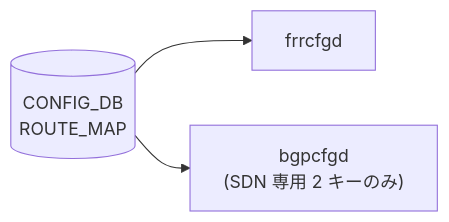
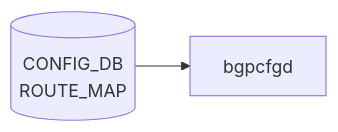
The diagram in docs/reference/config-db/route-map.md (aoki-taquan/sonic-unofficial-docs), drawn with Mermaid before and after one commit. The commit also changed 10 other files, not shown here.

````diff
--- a/docs/reference/config-db/route-map.md
+++ b/docs/reference/config-db/route-map.md
@@ -35,8 +35,6 @@
 ```mermaid
 flowchart LR
   CDB[("CONFIG_DB<br/>ROUTE_MAP")]
-  FRRCFGD["frrcfgd"]
-  BGPCFGD["bgpcfgd<br/>(SDN 専用 2 キーのみ)"]
-  CDB --> FRRCFGD
-  CDB --> BGPCFGD
+  DM["bgpcfgd"]
+  CDB --> DM
 ```
````
